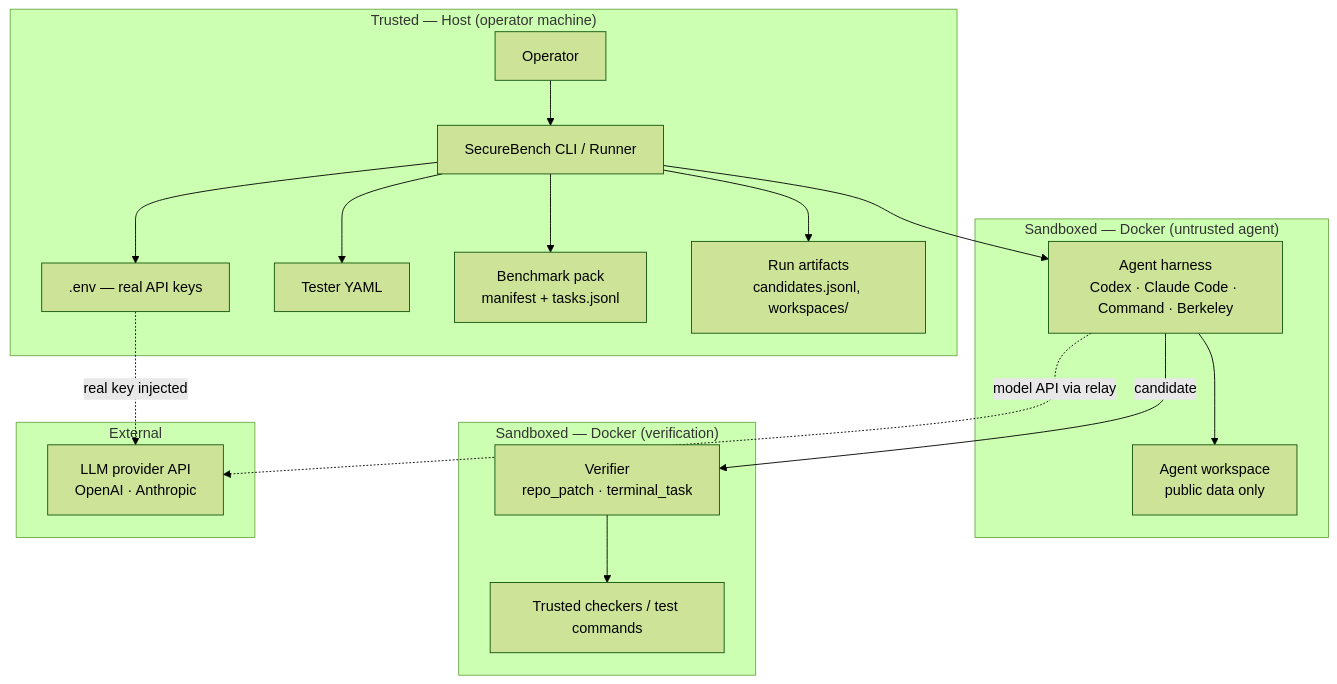
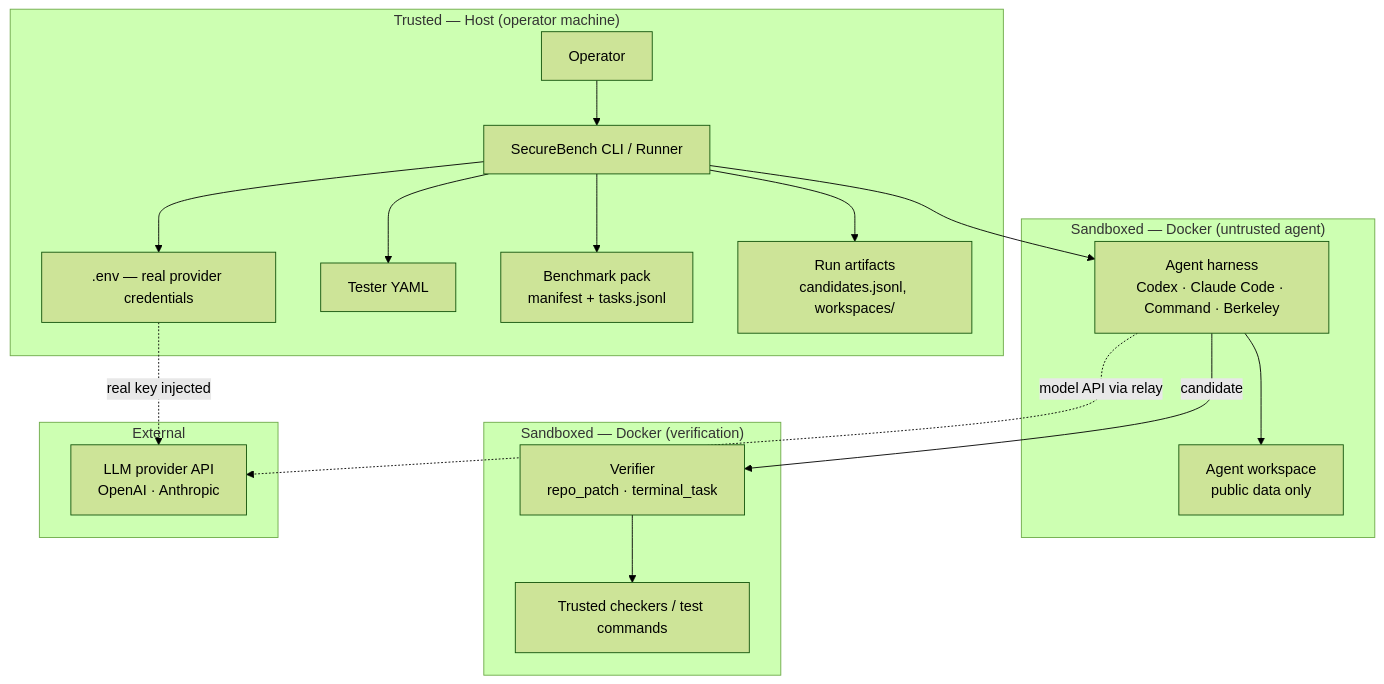
Before and after one commit to nathanhoulamy/securebench: the first of 8 diagrams in docs/architecture-diagrams.md, drawn with Mermaid (forest theme). The commit also changed other lines of this file and 12 other files, not shown here.

````diff
--- a/docs/architecture-diagrams.md
+++ b/docs/architecture-diagrams.md
@@ -12,36 +12,36 @@
 ```mermaid
 flowchart TB
     subgraph TRUSTED["Trusted — Host (operator machine)"]
         OP[Operator]
         CLI[SecureBench CLI / Runner]
-        ENV[".env — real API keys"]
+        ENV[".env — real provider credentials"]
         YAML[Tester YAML]
         PACK[Benchmark pack<br/>manifest + tasks.jsonl]
         OUT["Run artifacts<br/>candidates.jsonl, workspaces/"]
     end
 
     subgraph SANDBOXED["Sandboxed — Docker (untrusted agent)"]
         HARNESS[Agent harness<br/>Codex · Claude Code · Command · Berkeley]
         WS[Agent workspace<br/>public data only]
     end
 
     subgraph VERIFY["Sandboxed — Docker (verification)"]
         VER[Verifier<br/>repo_patch · terminal_task]
         CHK[Trusted checkers / test commands]
     end
 
     subgraph EXTERNAL["External"]
         LLM[LLM provider API<br/>OpenAI · Anthropic]
     end
 
     OP --> CLI
     CLI --> ENV & YAML & PACK
     CLI --> HARNESS
     HARNESS --> WS
     HARNESS -->|candidate| VER
     VER --> CHK
     CLI --> OUT
 
     HARNESS -.->|model API via relay| LLM
     ENV -.->|real key injected| LLM
 ```
````
